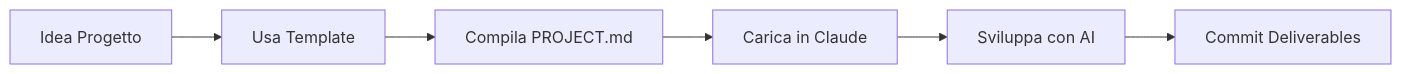
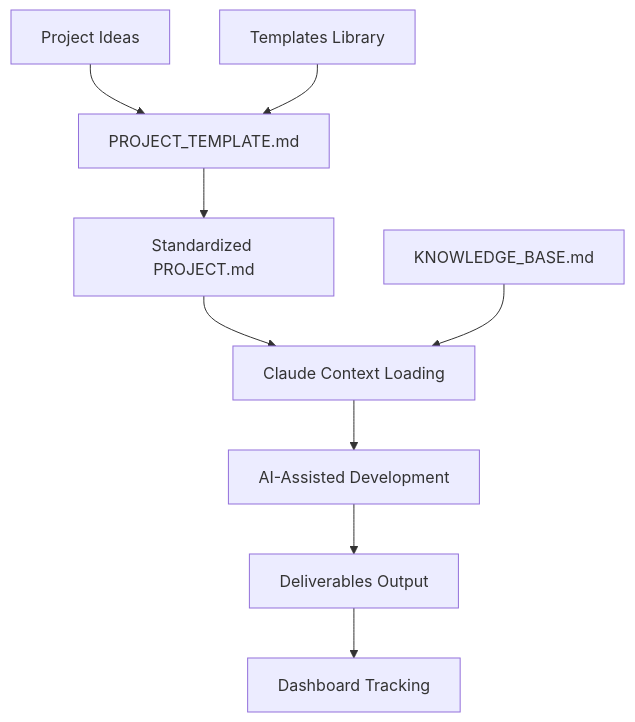
One commit to Noobucodonosor/claude-24h-project changed the diagram in README.md. Above: the diagram before and after it, drawn with Mermaid. The commit also changed other lines of this file and 1 other file, not shown here.

````diff
--- a/README.md
+++ b/README.md
@@ -182,8 +101,12 @@
 ```mermaid
-graph LR
-    A[Idea Progetto] --> B[Usa Template]
-    B --> C[Compila PROJECT.md]
-    C --> D[Carica in Claude]
-    D --> E[Sviluppa con AI]
-    E --> F[Commit Deliverables]
+graph TB
+    A[Project Ideas] --> B[PROJECT_TEMPLATE.md]
+    B --> C[Standardized PROJECT.md]
+    C --> D[Claude Context Loading]
+    D --> E[AI-Assisted Development]
+    E --> F[Deliverables Output]
+    F --> G[Dashboard Tracking]
+    
+    H[KNOWLEDGE_BASE.md] --> D
+    I[Templates Library] --> B
 ```
````
